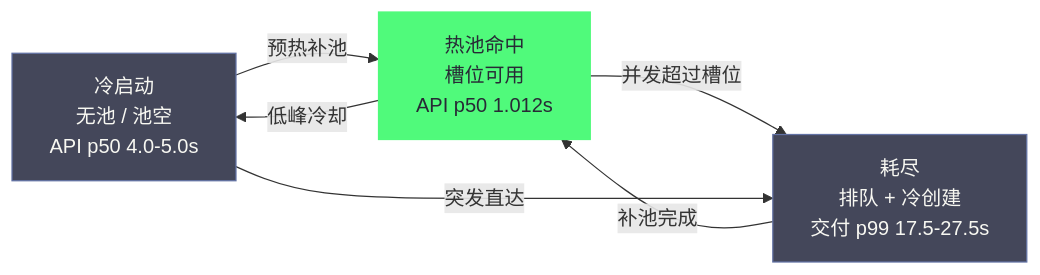
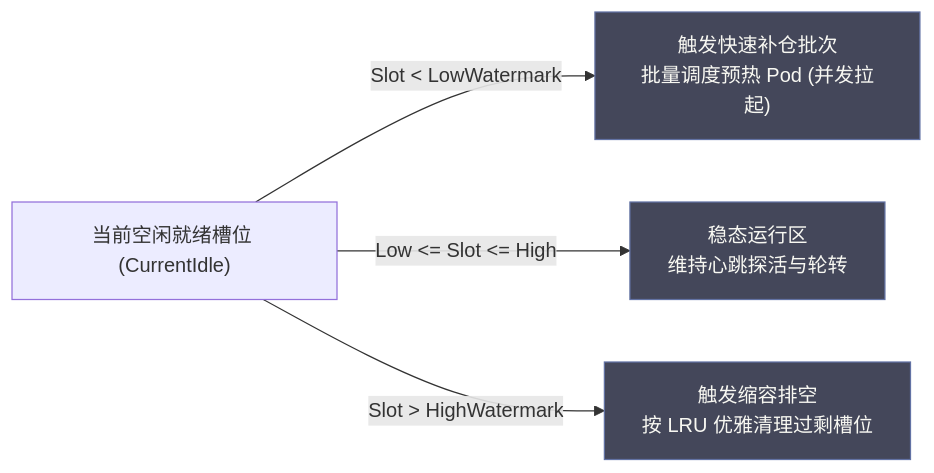
The fifth of 6 diagrams in content/LLM/Agent沙箱技术/工程实践/12 沙箱性能工程——Runtime 基准与 WarmPool 容量管理.md (hpliStartAgain/my-brain), drawn with Mermaid before and after one commit. The commit also changed other lines of this file and 17 other files, not shown here.

````diff
--- a/content/LLM/Agent沙箱技术/工程实践/12 沙箱性能工程——Runtime 基准与 WarmPool 容量管理.md
+++ b/content/LLM/Agent沙箱技术/工程实践/12 沙箱性能工程——Runtime 基准与 WarmPool 容量管理.md
@@ -251,14 +358,12 @@
 ```mermaid
-%%{init: {'theme': 'dracula', 'themeVariables': {'primaryColor': '#6272a4', 'primaryTextColor': '#f8f8f2', 'primaryBorderColor': '#bd93f9', 'lineColor': '#ff79c6', 'secondaryColor': '#44475a', 'tertiaryColor': '#282a36'}}%%
-graph LR
-    A["冷启动<br/>无池 / 池空<br/>API p50 4.0-5.0s"] -->|"预热补池"| B["热池命中<br/>槽位可用<br/>API p50 1.012s"]
-    B -->|"并发超过槽位"| C["耗尽<br/>排队 + 冷创建<br/>交付 p99 17.5-27.5s"]
-    C -->|"补池完成"| B
-    A -->|"突发直达"| C
-    B -->|"低峰冷却"| A
+%%{init: {'theme': 'dracula', 'themeVariables': {'primaryColor': '#6272a4', 'primaryTextColor': '#f8f8f2', 'lineColor': '#ff79c6', 'secondaryColor': '#44475a', 'tertiaryColor': '#282a36'}}%%
+flowchart LR
+    CurrentSlot["当前空闲就绪槽位 (CurrentIdle)"]
 
-    classDef flow fill:#44475a,stroke:#6272a4,color:#f8f8f2
-    classDef hot fill:#50fa7b,stroke:#50fa7b,color:#282a36
-    class A,C flow
-    class B hot
+    CurrentSlot -->|Slot < LowWatermark| TriggerRefill["触发快速补仓批次<br/>批量调度预热 Pod (并发拉起)"]
+    CurrentSlot -->|Low <= Slot <= High| Stable["稳态运行区<br/>维持心跳探活与轮转"]
+    CurrentSlot -->|Slot > HighWatermark| TriggerDrain["触发缩容排空<br/>按 LRU 优雅清理过剩槽位"]
+
+    classDef mark fill:#44475a,stroke:#6272a4,color:#f8f8f2
+    class TriggerRefill,Stable,TriggerDrain mark
 ```
````
